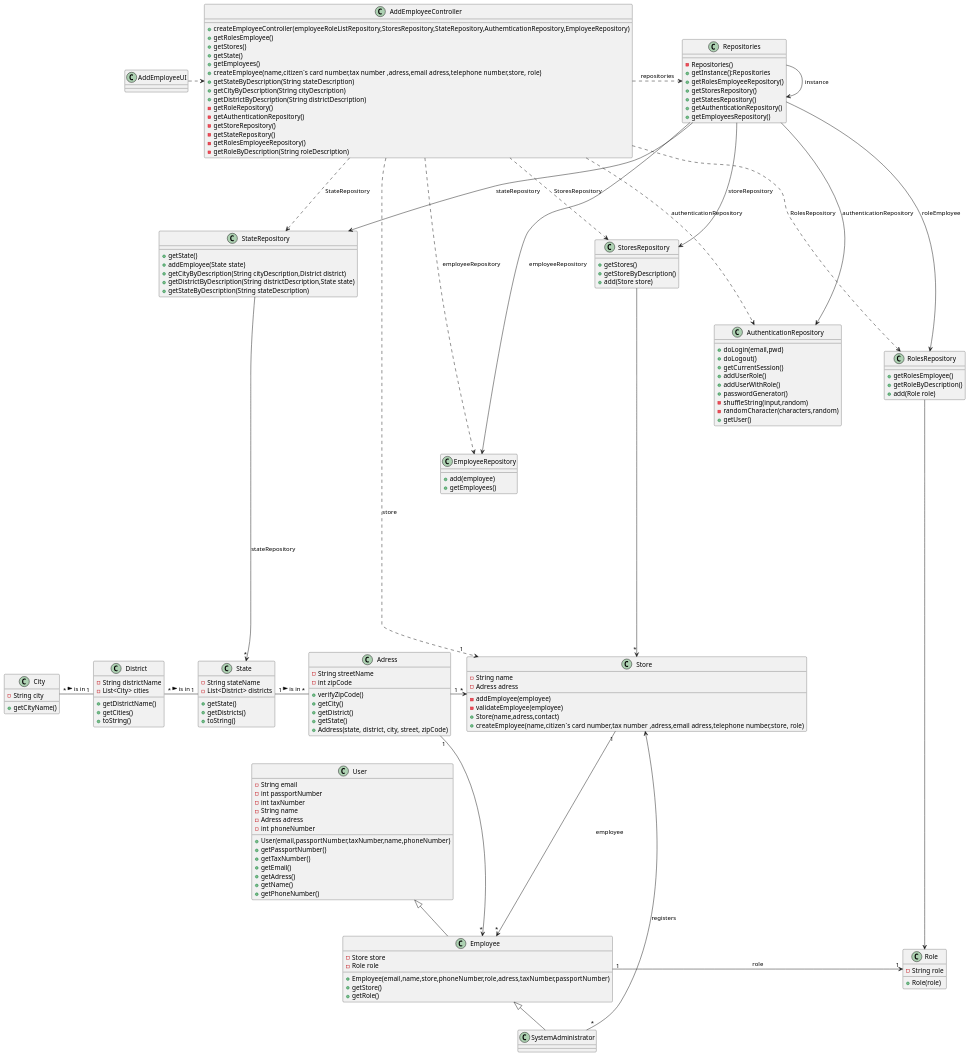
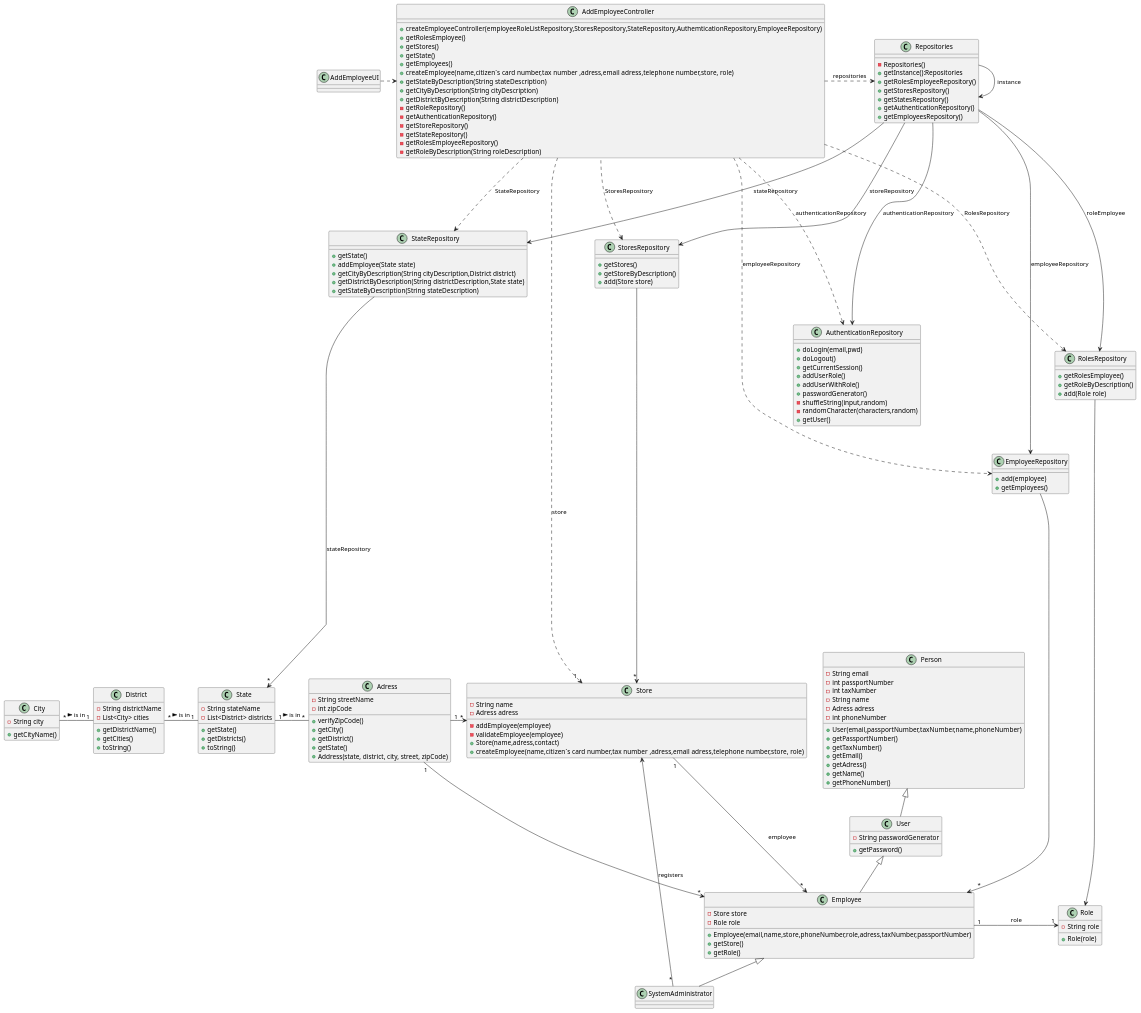
Before and after one commit to PureNimble/ISEP-LAPR2: the diagram in docs/sprintB/US03/03.design/puml/us01-class-diagram.puml, drawn with PlantUML. The commit also changed 1 other file, not shown here.

```diff
--- a/docs/sprintB/US03/03.design/puml/us01-class-diagram.puml
+++ b/docs/sprintB/US03/03.design/puml/us01-class-diagram.puml
@@ -6,6 +6,8 @@
 class Adress
 
 class AddEmployeeController
+
+class Person
 
 class Repositories
 
@@ -34,6 +36,25 @@
 class District
 
 class StateRepository
+
+
+class Person{
+- String email
+- int passportNumber
+- int taxNumber
+- String name
+- Adress adress
+- int phoneNumber
+
++User(email,passportNumber,taxNumber,name,phoneNumber)
++getPassportNumber()
++getTaxNumber()
++getEmail()
++getAdress()
++getName()
++getPhoneNumber()
+
+}
 
 class EmployeeRepository{
 +add(employee)
@@ -157,20 +178,9 @@
 }
 
 class User{
-- String email
-- int passportNumber
-- int taxNumber
-- String name
-- Adress adress
-- int phoneNumber
+-String passwordGenerator
 
-+User(email,passportNumber,taxNumber,name,phoneNumber)
-+getPassportNumber()
-+getTaxNumber()
-+getEmail()
-+getAdress()
-+getName()
-+getPhoneNumber()
++getPassword()
 }
 
 class Store{
@@ -234,10 +244,17 @@
 
 User <|-- Employee
 
+Person <|-- User
+
 
 Repositories -> StateRepository: stateRepository
 
 StateRepository --------> "*" State : stateRepository
 
 
+Store -[hidden]> Person
+
+EmployeeRepository --> "*" Employee
+
+
 @enduml
```
